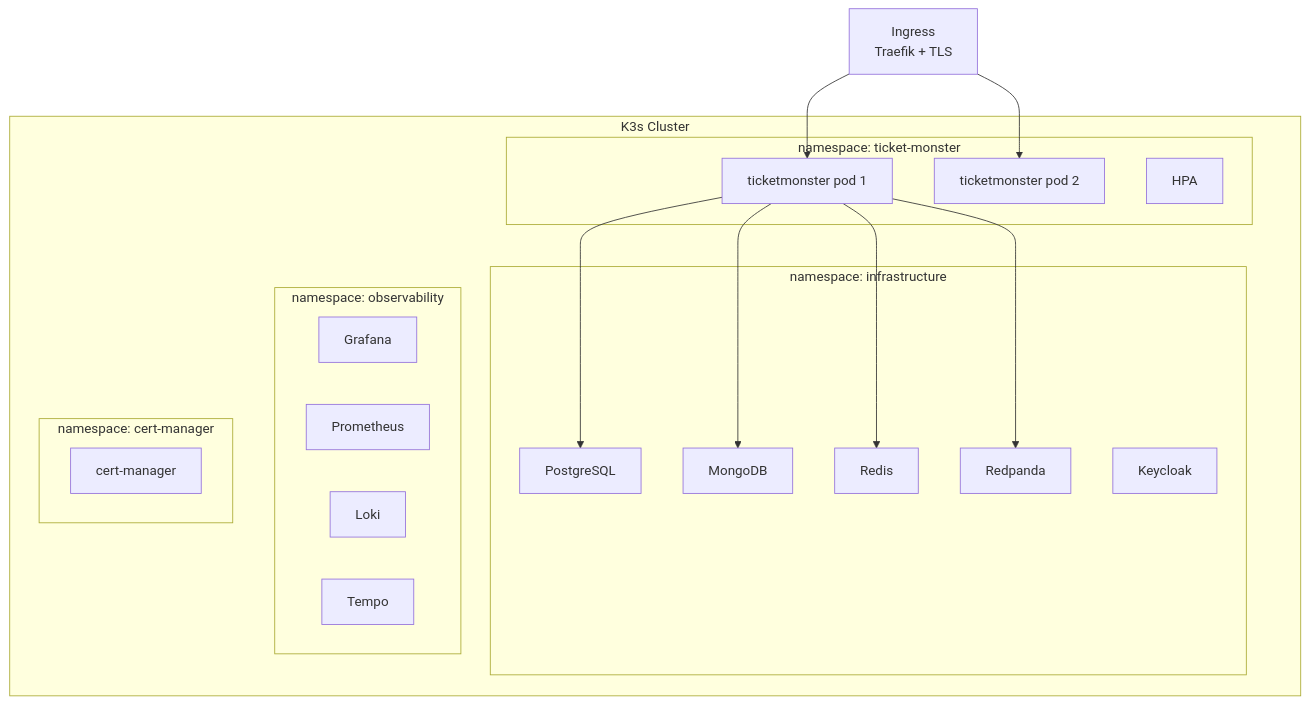
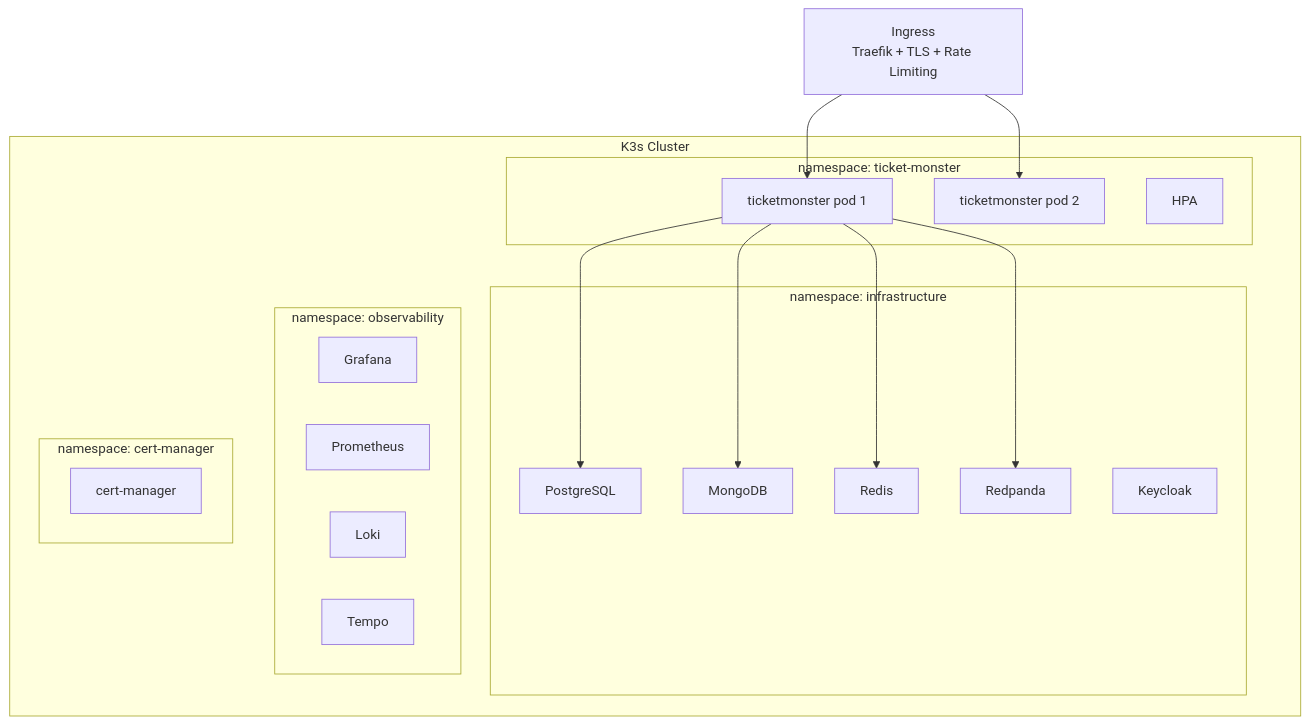
One commit to jrgavilanes/ticket-monster changed the sixth of 6 diagrams in README.md. Above: the diagram before and after it, drawn with Mermaid. The commit also changed other lines of this file and 2 other files, not shown here.

First line of the commit message:
ci: run tests before docker build, update architecture docs

````diff
--- a/README.md
+++ b/README.md
@@ -169,36 +163,36 @@
 ```mermaid
 flowchart TB
     subgraph K3s Cluster
         subgraph NS1[namespace: ticket-monster]
             TM1[ticketmonster pod 1]
             TM2[ticketmonster pod 2]
             HPA[HPA]
         end
 
         subgraph NS2[namespace: infrastructure]
             PG[PostgreSQL]
             MONGO[MongoDB]
             REDIS[Redis]
             RP[Redpanda]
             KC[Keycloak]
         end
 
         subgraph NS3[namespace: observability]
             GRAF[Grafana]
             PROM[Prometheus]
             LOKI[Loki]
             TEMPO[Tempo]
         end
 
         subgraph NS4[namespace: cert-manager]
             CM[cert-manager]
         end
     end
 
-    INGRESS[Ingress<br/>Traefik + TLS] --> TM1
+    INGRESS[Ingress<br/>Traefik + TLS + Rate Limiting] --> TM1
     INGRESS --> TM2
     TM1 --> PG
     TM1 --> MONGO
     TM1 --> REDIS
     TM1 --> RP
 ```
````
